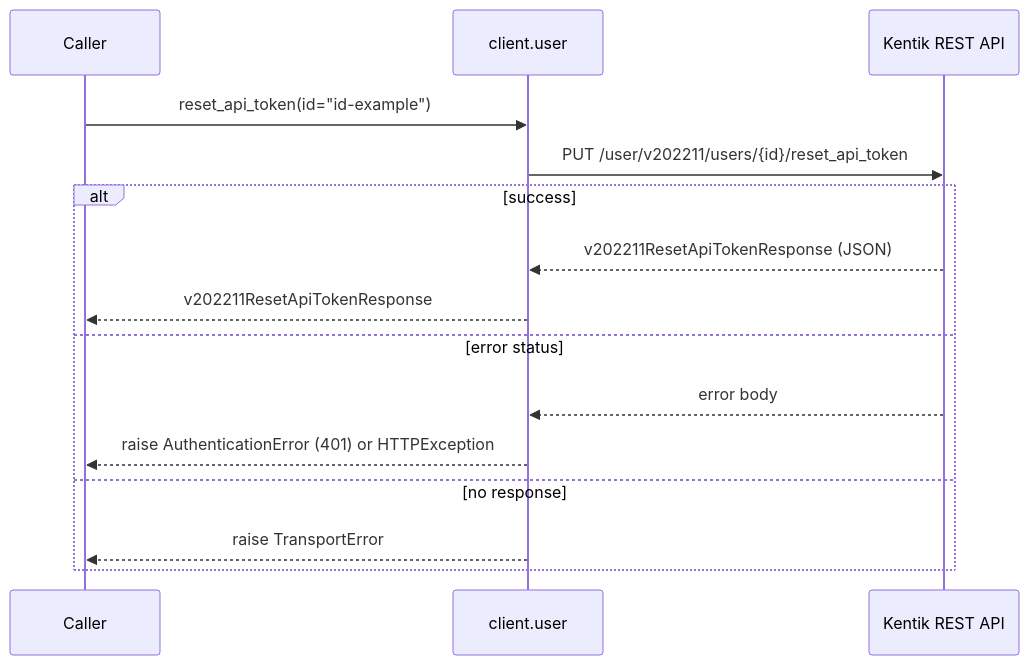
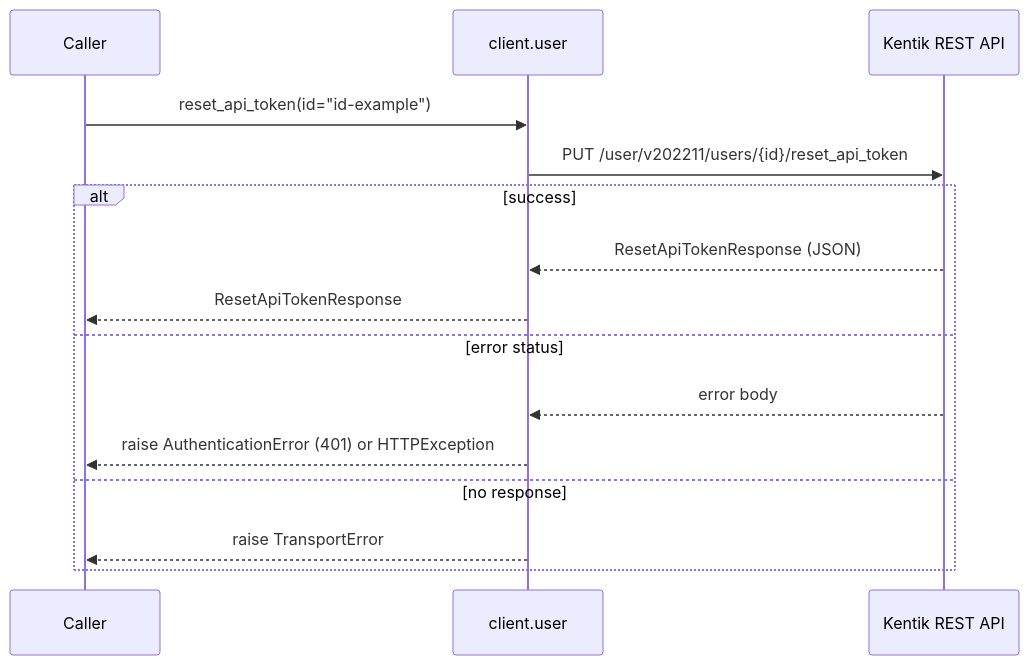
Diagram 14 of 16 in docs/sphinx/services/user.md (alexdearaujo/community_sdk_python), drawn with Mermaid before and after one commit. The commit also changed other lines of this file and 38 other files, not shown here.

````diff
--- a/docs/sphinx/services/user.md
+++ b/docs/sphinx/services/user.md
@@ -488,18 +488,18 @@
 ```mermaid
 sequenceDiagram
     participant C as Caller
     participant W as client.user
     participant API as Kentik REST API
 
     C->>W: reset_api_token(id="id-example")
     W->>API: PUT /user/v202211/users/{id}/reset_api_token
     alt success
-        API-->>W: v202211ResetApiTokenResponse (JSON)
-        W-->>C: v202211ResetApiTokenResponse
+        API-->>W: ResetApiTokenResponse (JSON)
+        W-->>C: ResetApiTokenResponse
     else error status
         API-->>W: error body
         W-->>C: raise AuthenticationError (401) or HTTPException
     else no response
         W-->>C: raise TransportError
     end
 ```
````
